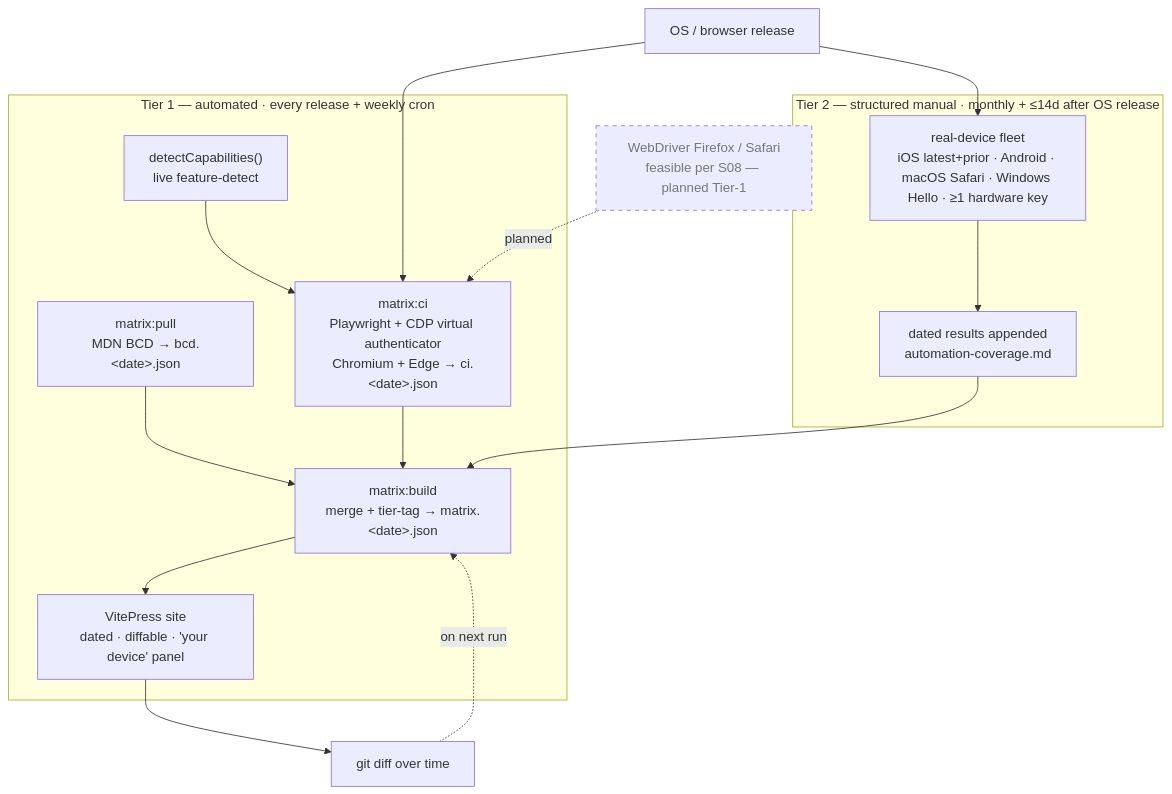
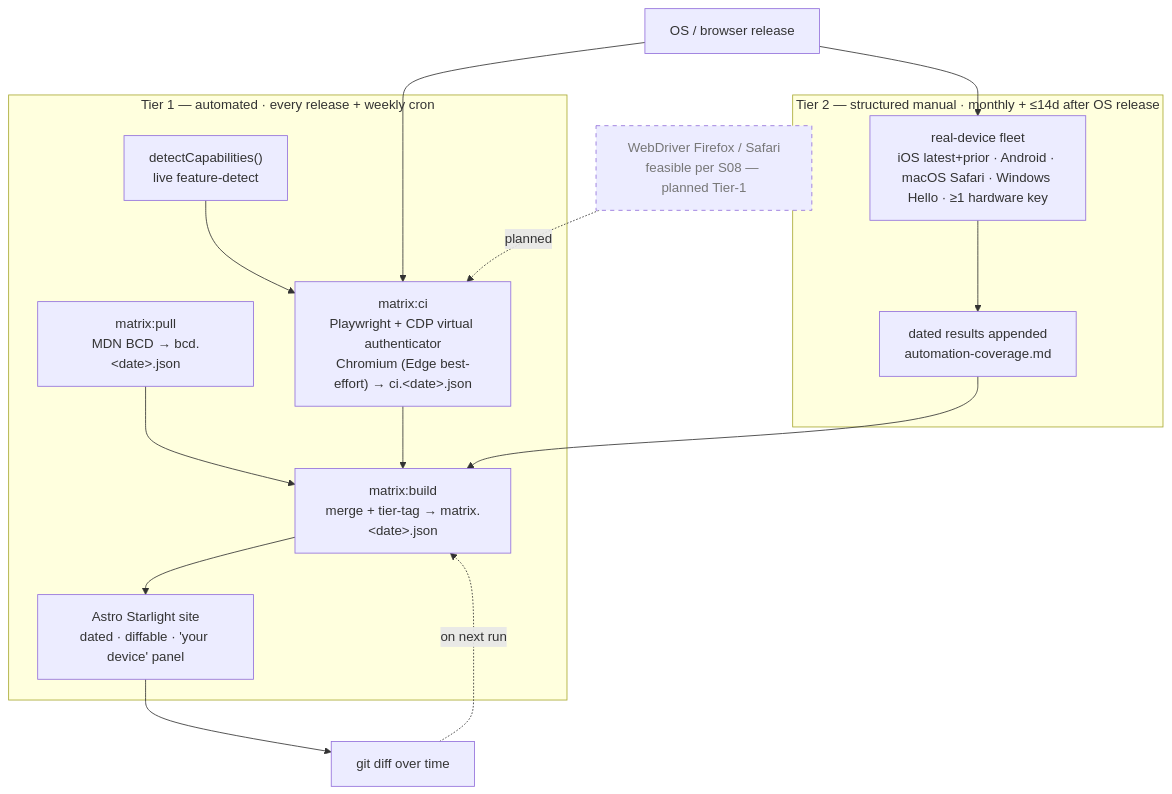
One commit to justmert/soropass changed the diagram in docs/matrix/architecture.md. Above: the diagram before and after it, drawn with Mermaid. The commit also changed other lines of this file and 1 other file, not shown here.

Commit message:
fix docs references

````diff
--- a/docs/matrix/architecture.md
+++ b/docs/matrix/architecture.md
@@ -8,34 +8,34 @@
 ```mermaid
 flowchart TB
   OS["OS / browser release"]
 
   subgraph T1["Tier 1 — automated · every release + weekly cron"]
     BCD["matrix:pull<br/>MDN BCD → bcd.&lt;date&gt;.json"]
     LIVE["detectCapabilities()<br/>live feature-detect"]
-    CI["matrix:ci<br/>Playwright + CDP virtual authenticator<br/>Chromium + Edge → ci.&lt;date&gt;.json"]
+    CI["matrix:ci<br/>Playwright + CDP virtual authenticator<br/>Chromium (Edge best-effort) → ci.&lt;date&gt;.json"]
     BUILD["matrix:build<br/>merge + tier-tag → matrix.&lt;date&gt;.json"]
-    SITE["VitePress site<br/>dated · diffable · 'your device' panel"]
+    SITE["Astro Starlight site<br/>dated · diffable · 'your device' panel"]
     BCD --> BUILD
     LIVE --> CI
     CI --> BUILD
     BUILD --> SITE
   end
 
   subgraph T2["Tier 2 — structured manual · monthly + &le;14d after OS release"]
     FLEET["real-device fleet<br/>iOS latest+prior · Android · macOS Safari · Windows Hello · &ge;1 hardware key"]
     LOG["dated results appended<br/>automation-coverage.md"]
     FLEET --> LOG
   end
 
   WD["WebDriver Firefox / Safari<br/>feasible per S08 — planned Tier-1"]
 
   OS --> CI
   OS --> FLEET
   LOG --> BUILD
   WD -. planned .-> CI
   SITE --> DIFF["git diff over time"]
   DIFF -. on next run .-> BUILD
 
   classDef planned stroke-dasharray:5 5,color:#777;
   class WD planned;
 ```
````
